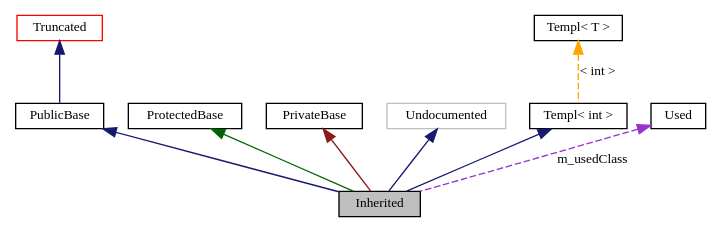
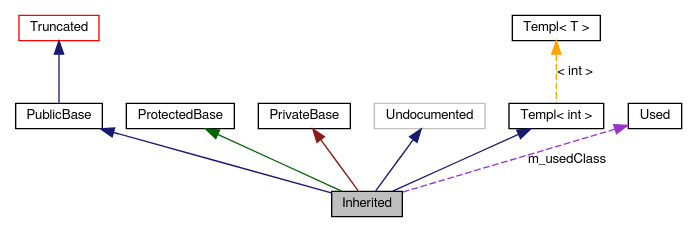
Before and after one commit to theacodes/PhoenixCore: the diagram in Docs/graph_legend.dot, drawn with Graphviz. The commit also changed 164 other files, not shown here.

```diff
--- a/Docs/graph_legend.dot
+++ b/Docs/graph_legend.dot
@@ -1,22 +1,22 @@
 digraph G
 {
-  edge [fontname="FreeSans.ttf",fontsize=10,labelfontname="FreeSans.ttf",labelfontsize=10];
-  node [fontname="FreeSans.ttf",fontsize=10,shape=record];
-  Node9 [shape="box",label="Inherited",fontsize=10,height=0.2,width=0.4,fontname="FreeSans.ttf",fillcolor="grey75",style="filled" fontcolor="black"];
-  Node10 -> Node9 [dir=back,color="midnightblue",fontsize=10,style="solid",fontname="FreeSans.ttf"];
-  Node10 [shape="box",label="PublicBase",fontsize=10,height=0.2,width=0.4,fontname="FreeSans.ttf",color="black",URL="$classPublicBase.htm"];
-  Node11 -> Node10 [dir=back,color="midnightblue",fontsize=10,style="solid",fontname="FreeSans.ttf"];
-  Node11 [shape="box",label="Truncated",fontsize=10,height=0.2,width=0.4,fontname="FreeSans.ttf",color="red",URL="$classTruncated.htm"];
-  Node13 -> Node9 [dir=back,color="darkgreen",fontsize=10,style="solid",fontname="FreeSans.ttf"];
-  Node13 [shape="box",label="ProtectedBase",fontsize=10,height=0.2,width=0.4,fontname="FreeSans.ttf",color="black",URL="$classProtectedBase.htm"];
-  Node14 -> Node9 [dir=back,color="firebrick4",fontsize=10,style="solid",fontname="FreeSans.ttf"];
-  Node14 [shape="box",label="PrivateBase",fontsize=10,height=0.2,width=0.4,fontname="FreeSans.ttf",color="black",URL="$classPrivateBase.htm"];
-  Node15 -> Node9 [dir=back,color="midnightblue",fontsize=10,style="solid",fontname="FreeSans.ttf"];
-  Node15 [shape="box",label="Undocumented",fontsize=10,height=0.2,width=0.4,fontname="FreeSans.ttf",color="grey75"];
-  Node16 -> Node9 [dir=back,color="midnightblue",fontsize=10,style="solid",fontname="FreeSans.ttf"];
-  Node16 [shape="box",label="Templ< int >",fontsize=10,height=0.2,width=0.4,fontname="FreeSans.ttf",color="black",URL="$classTempl.htm"];
-  Node17 -> Node16 [dir=back,color="orange",fontsize=10,style="dashed",label="< int >",fontname="FreeSans.ttf"];
-  Node17 [shape="box",label="Templ< T >",fontsize=10,height=0.2,width=0.4,fontname="FreeSans.ttf",color="black",URL="$classTempl.htm"];
-  Node18 -> Node9 [dir=back,color="darkorchid3",fontsize=10,style="dashed",label="m_usedClass",fontname="FreeSans.ttf"];
-  Node18 [shape="box",label="Used",fontsize=10,height=0.2,width=0.4,fontname="FreeSans.ttf",color="black",URL="$classUsed.htm"];
+  edge [fontname="FreeSans",fontsize="10",labelfontname="FreeSans",labelfontsize="10"];
+  node [fontname="FreeSans",fontsize="10",shape=record];
+  Node9 [shape="box",label="Inherited",fontsize="10",height=0.2,width=0.4,fontname="FreeSans",fillcolor="grey75",style="filled" fontcolor="black"];
+  Node10 -> Node9 [dir=back,color="midnightblue",fontsize="10",style="solid",fontname="FreeSans"];
+  Node10 [shape="box",label="PublicBase",fontsize="10",height=0.2,width=0.4,fontname="FreeSans",color="black",URL="$classPublicBase.htm"];
+  Node11 -> Node10 [dir=back,color="midnightblue",fontsize="10",style="solid",fontname="FreeSans"];
+  Node11 [shape="box",label="Truncated",fontsize="10",height=0.2,width=0.4,fontname="FreeSans",color="red",URL="$classTruncated.htm"];
+  Node13 -> Node9 [dir=back,color="darkgreen",fontsize="10",style="solid",fontname="FreeSans"];
+  Node13 [shape="box",label="ProtectedBase",fontsize="10",height=0.2,width=0.4,fontname="FreeSans",color="black",URL="$classProtectedBase.htm"];
+  Node14 -> Node9 [dir=back,color="firebrick4",fontsize="10",style="solid",fontname="FreeSans"];
+  Node14 [shape="box",label="PrivateBase",fontsize="10",height=0.2,width=0.4,fontname="FreeSans",color="black",URL="$classPrivateBase.htm"];
+  Node15 -> Node9 [dir=back,color="midnightblue",fontsize="10",style="solid",fontname="FreeSans"];
+  Node15 [shape="box",label="Undocumented",fontsize="10",height=0.2,width=0.4,fontname="FreeSans",color="grey75"];
+  Node16 -> Node9 [dir=back,color="midnightblue",fontsize="10",style="solid",fontname="FreeSans"];
+  Node16 [shape="box",label="Templ< int >",fontsize="10",height=0.2,width=0.4,fontname="FreeSans",color="black",URL="$classTempl.htm"];
+  Node17 -> Node16 [dir=back,color="orange",fontsize="10",style="dashed",label="< int >",fontname="FreeSans"];
+  Node17 [shape="box",label="Templ< T >",fontsize="10",height=0.2,width=0.4,fontname="FreeSans",color="black",URL="$classTempl.htm"];
+  Node18 -> Node9 [dir=back,color="darkorchid3",fontsize="10",style="dashed",label="m_usedClass",fontname="FreeSans"];
+  Node18 [shape="box",label="Used",fontsize="10",height=0.2,width=0.4,fontname="FreeSans",color="black",URL="$classUsed.htm"];
 }
```
